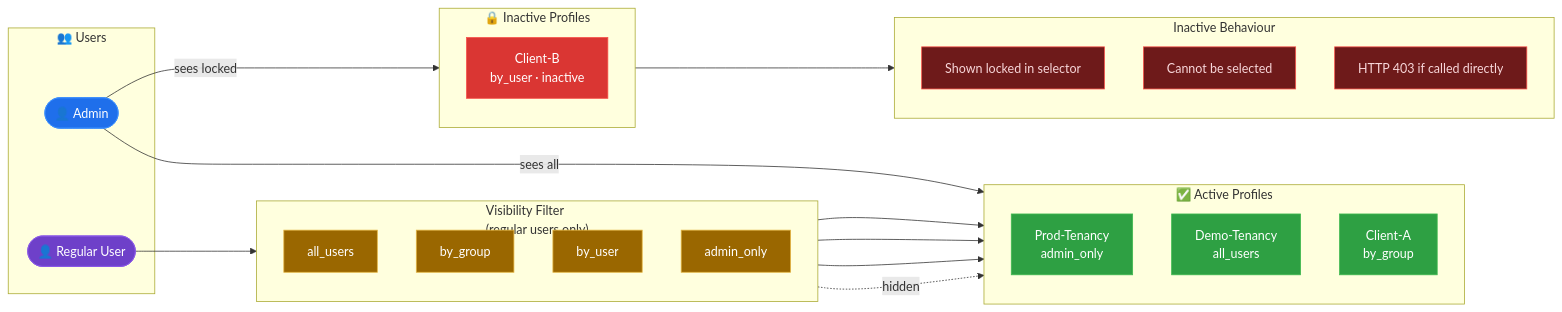
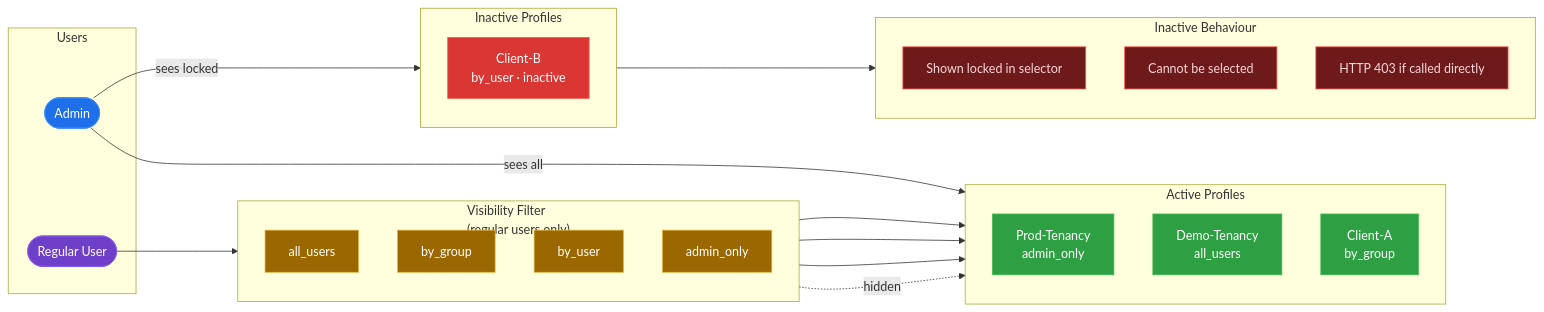
One commit to Pedr0Teixeira/oci-docgen changed the third of 10 diagrams in README.md. Above: the diagram before and after it, drawn with Mermaid. The commit also changed other lines of this file, not shown here.

Commit message:
docs: remove emojis from Mermaid diagrams

````diff
--- a/README.md
+++ b/README.md
@@ -245,56 +245,56 @@
 ```mermaid
 flowchart LR
-  subgraph users["👥 Users"]
-    Admin(["👤 Admin"])
-    Regular(["👤 Regular User"])
+  subgraph users["Users"]
+    Admin(["Admin"])
+    Regular(["Regular User"])
   end
 
   subgraph vis["Visibility Filter\n(regular users only)"]
     direction TB
     V_all["all_users"]
     V_group["by_group"]
     V_user["by_user"]
     V_admin["admin_only"]
   end
 
-  subgraph active["✅ Active Profiles"]
+  subgraph active["Active Profiles"]
     direction TB
     P1["Prod-Tenancy\nadmin_only"]
     P2["Demo-Tenancy\nall_users"]
     P3["Client-A\nby_group"]
   end
 
-  subgraph inactive["🔒 Inactive Profiles"]
+  subgraph inactive["Inactive Profiles"]
     P4["Client-B\nby_user · inactive"]
   end
 
   subgraph locked_ui["Inactive Behaviour"]
     direction TB
     I1["Shown locked in selector"]
     I2["Cannot be selected"]
     I3["HTTP 403 if called directly"]
   end
 
   Admin      -->|"sees all"| active
   Admin      -->|"sees locked"| inactive
   Regular    --> vis
   V_all      --> P2
   V_group    --> P3
   V_user     --> P2
   V_admin    -. "hidden" .-> P1
   inactive   --> locked_ui
 
   classDef adminNode  fill:#1f6feb,stroke:#388bfd,color:#fff
   classDef userNode   fill:#6e40c9,stroke:#8957e5,color:#fff
   classDef activeP    fill:#2ea043,stroke:#3fb950,color:#fff
   classDef inactiveP  fill:#da3633,stroke:#f85149,color:#fff
   classDef lockedB    fill:#6e1a1a,stroke:#f85149,color:#f8d7da
   classDef visNode    fill:#9a6700,stroke:#e3b341,color:#fff
 
   class Admin adminNode
   class Regular userNode
   class P1,P2,P3 activeP
   class P4 inactiveP
   class I1,I2,I3 lockedB
   class V_all,V_group,V_user,V_admin visNode
 ```
````
